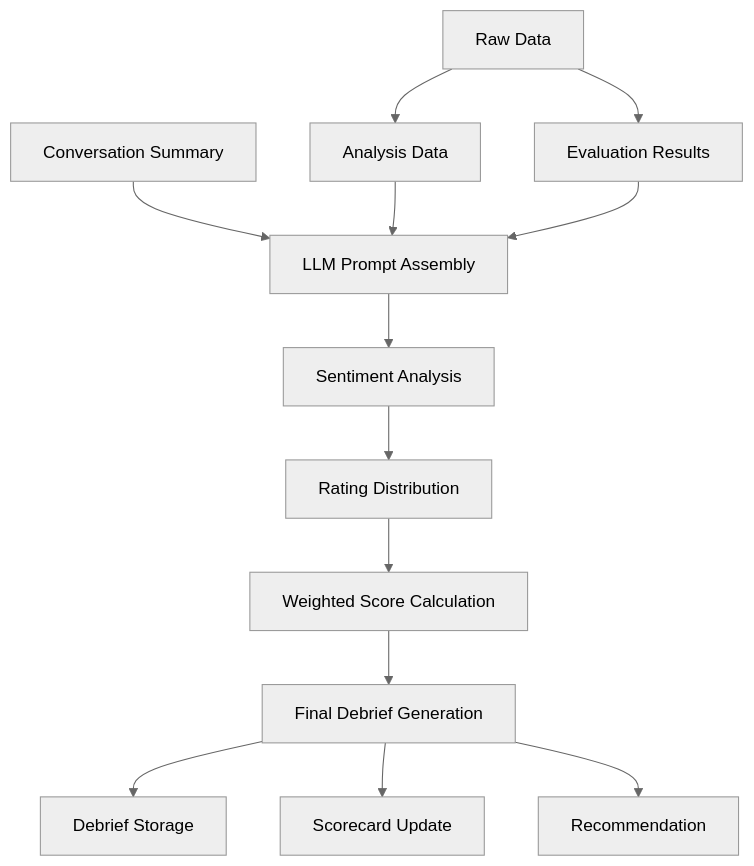
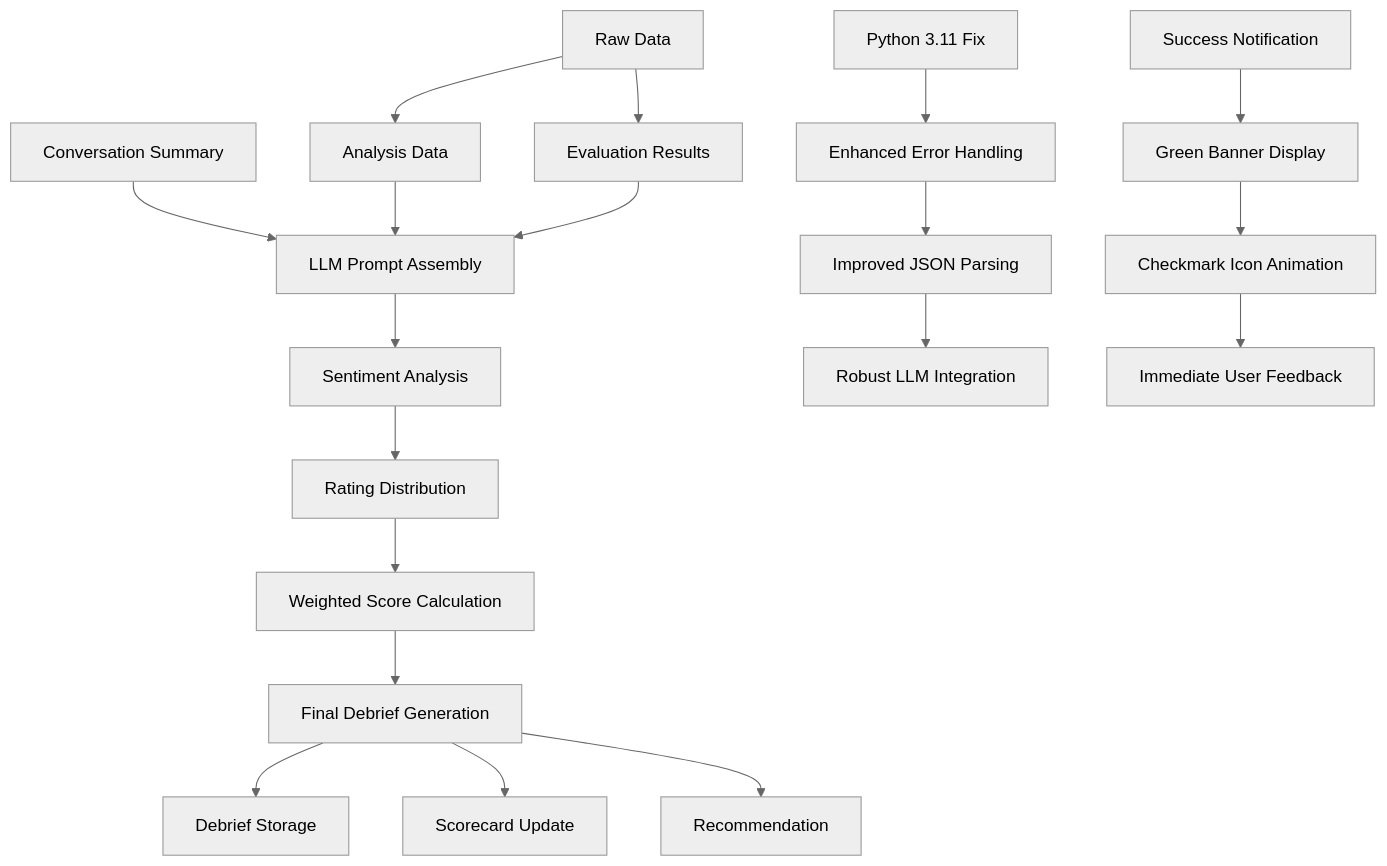
One commit to Revanththetalogics/aireume changed the sixth of 9 diagrams in .qoder/repowiki/en/content/Frontend Architecture/Component Library/PhoneScreenKit Component.md. Above: the diagram before and after it, drawn with Mermaid (neutral theme). The commit also changed other lines of this file and 7 other files, not shown here.

````diff
--- a/.qoder/repowiki/en/content/Frontend Architecture/Component Library/PhoneScreenKit Component.md
+++ b/.qoder/repowiki/en/content/Frontend Architecture/Component Library/PhoneScreenKit Component.md
@@ -284,15 +311,21 @@
 ```mermaid
 flowchart TD
 A[Conversation Summary] --> B[LLM Prompt Assembly]
 B --> C[Sentiment Analysis]
 C --> D[Rating Distribution]
 D --> E[Weighted Score Calculation]
 E --> F[Final Debrief Generation]
 G[Raw Data] --> H[Analysis Data]
 G --> I[Evaluation Results]
 H --> B
 I --> B
 F --> J[Debrief Storage]
 F --> K[Scorecard Update]
 F --> L[Recommendation]
+M[Python 3.11 Fix] --> N[Enhanced Error Handling]
+N --> O[Improved JSON Parsing]
+O --> P[Robust LLM Integration]
+Q[Success Notification] --> R[Green Banner Display]
+R --> S[Checkmark Icon Animation]
+S --> T[Immediate User Feedback]
 ```
````
